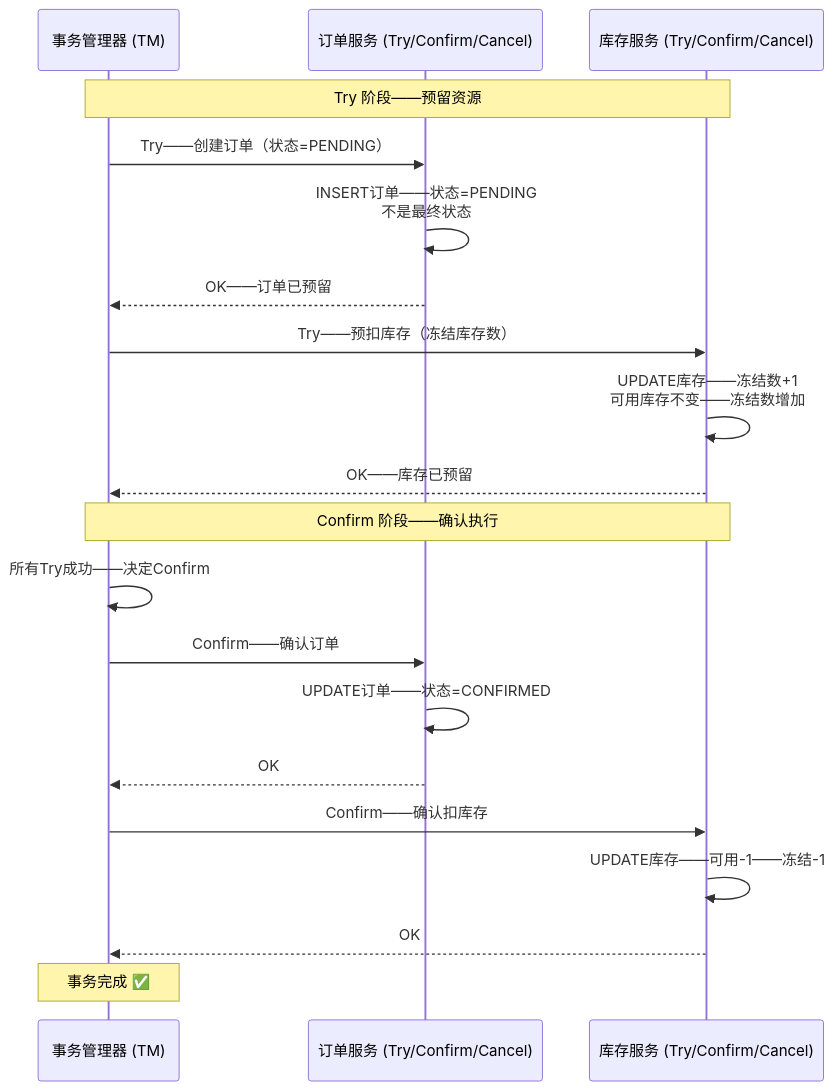
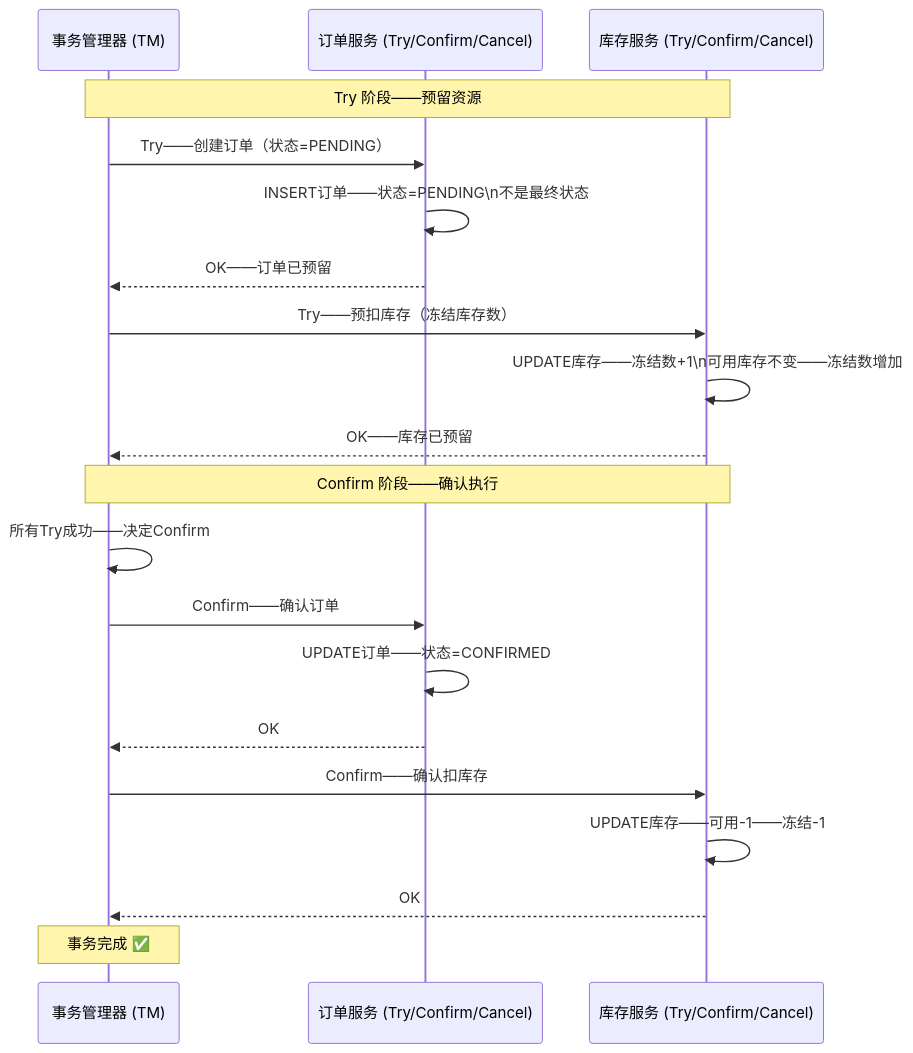
The fourth of 6 diagrams in content/posts/distributed-algorithms/DistributedTransaction2PCAndTCC.md (yaocat55/yaocat55.github.io), drawn with Mermaid before and after one commit. The commit also changed other lines of this file and 155 other files, not shown here.

````diff
--- a/content/posts/distributed-algorithms/DistributedTransaction2PCAndTCC.md
+++ b/content/posts/distributed-algorithms/DistributedTransaction2PCAndTCC.md
@@ -187,29 +187,29 @@
 ```mermaid
 sequenceDiagram
     participant TM as 事务管理器 (TM)
     participant S1 as 订单服务 (Try/Confirm/Cancel)
     participant S2 as 库存服务 (Try/Confirm/Cancel)
 
     Note over TM,S2: Try 阶段——预留资源
 
     TM->>S1: Try——创建订单（状态=PENDING）
-    S1->>S1: INSERT订单——状态=PENDING<br/>不是最终状态
+    S1->>S1: INSERT订单——状态=PENDING\n不是最终状态
     S1-->>TM: OK——订单已预留
 
     TM->>S2: Try——预扣库存（冻结库存数）
-    S2->>S2: UPDATE库存——冻结数+1<br/>可用库存不变——冻结数增加
+    S2->>S2: UPDATE库存——冻结数+1\n可用库存不变——冻结数增加
     S2-->>TM: OK——库存已预留
 
     Note over TM,S2: Confirm 阶段——确认执行
 
     TM->>TM: 所有Try成功——决定Confirm
     TM->>S1: Confirm——确认订单
     S1->>S1: UPDATE订单——状态=CONFIRMED
     S1-->>TM: OK
 
     TM->>S2: Confirm——确认扣库存
     S2->>S2: UPDATE库存——可用-1——冻结-1
     S2-->>TM: OK
 
     Note over TM: 事务完成 ✅
 ```
````
